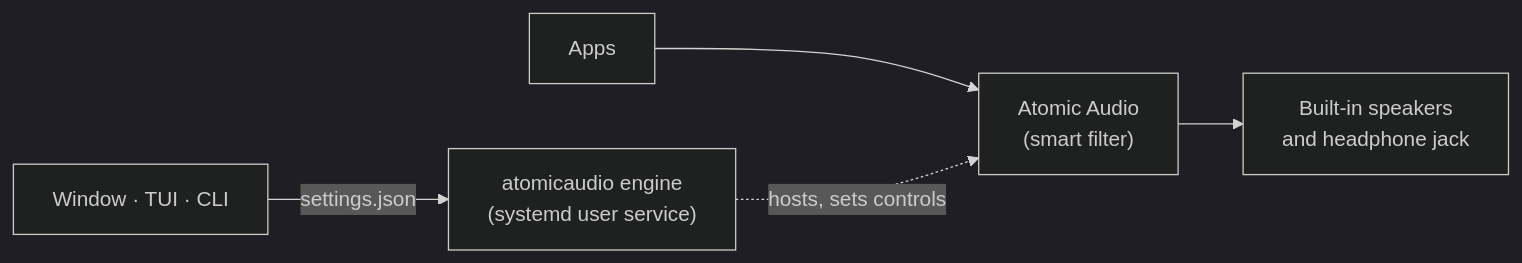
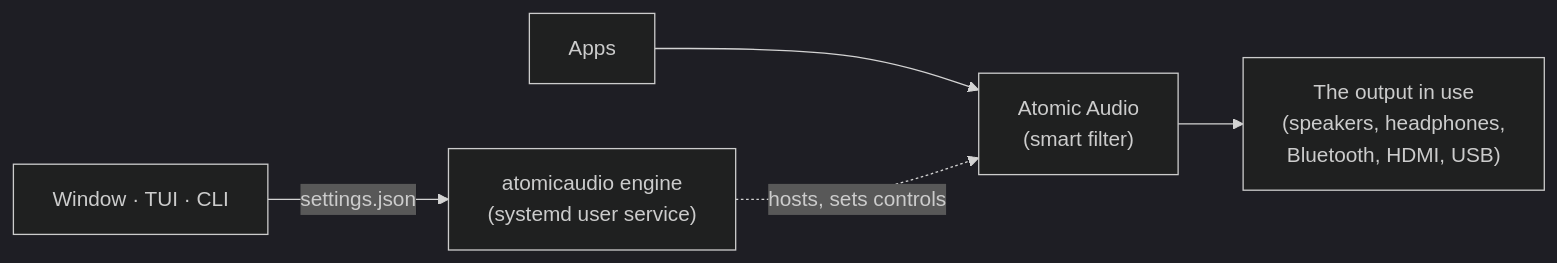
One commit to Nalinkannan/AtomicAudio changed the first of 2 diagrams in README.md. Above: the diagram before and after it, drawn with Mermaid (dark theme). The commit also changed other lines of this file and 15 other files, not shown here.

First line of the commit message:
Follow Bluetooth, USB and HDMI outputs, not just the laptop's own

````diff
--- a/README.md
+++ b/README.md
@@ -200,7 +223,7 @@
 ```mermaid
 flowchart LR
     apps["Apps"] --> sink["Atomic Audio<br/>(smart filter)"]
-    sink --> speakers["Built-in speakers<br/>and headphone jack"]
+    sink --> speakers["The output in use<br/>(speakers, headphones,<br/>Bluetooth, HDMI, USB)"]
     engine["atomicaudio engine<br/>(systemd user service)"] -. "hosts, sets controls" .-> sink
     ui["Window · TUI · CLI"] -- "settings.json" --> engine
 ```
````
